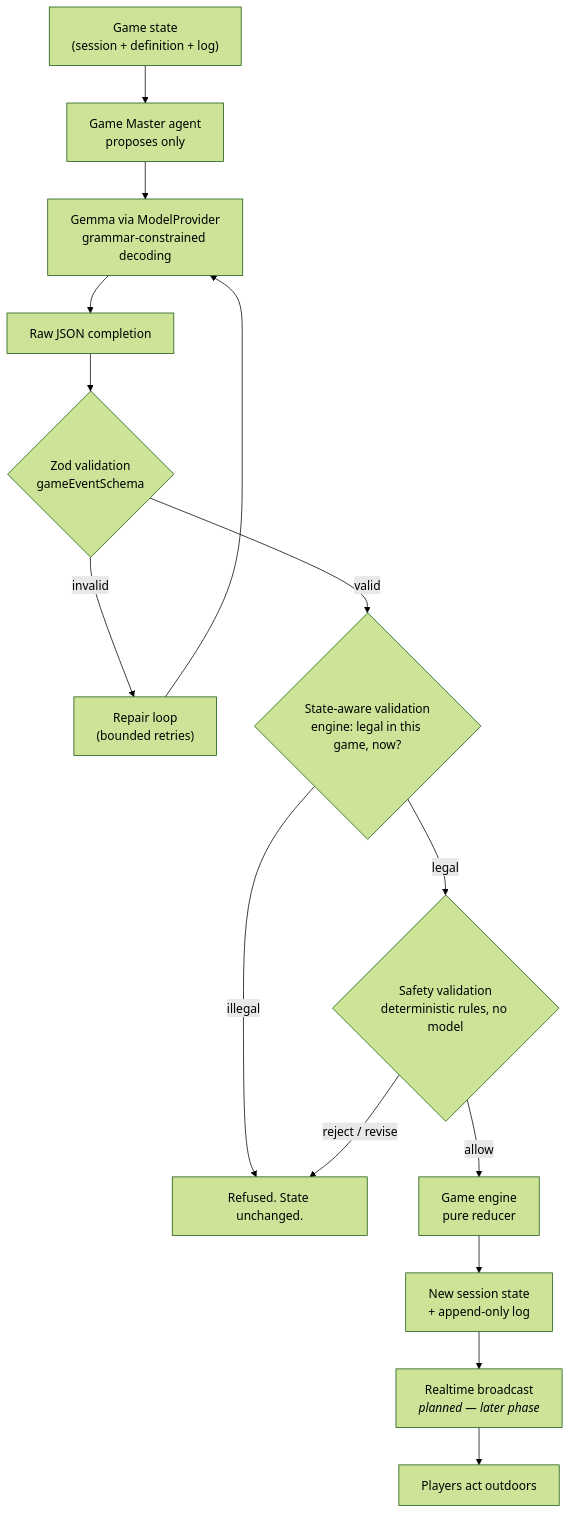
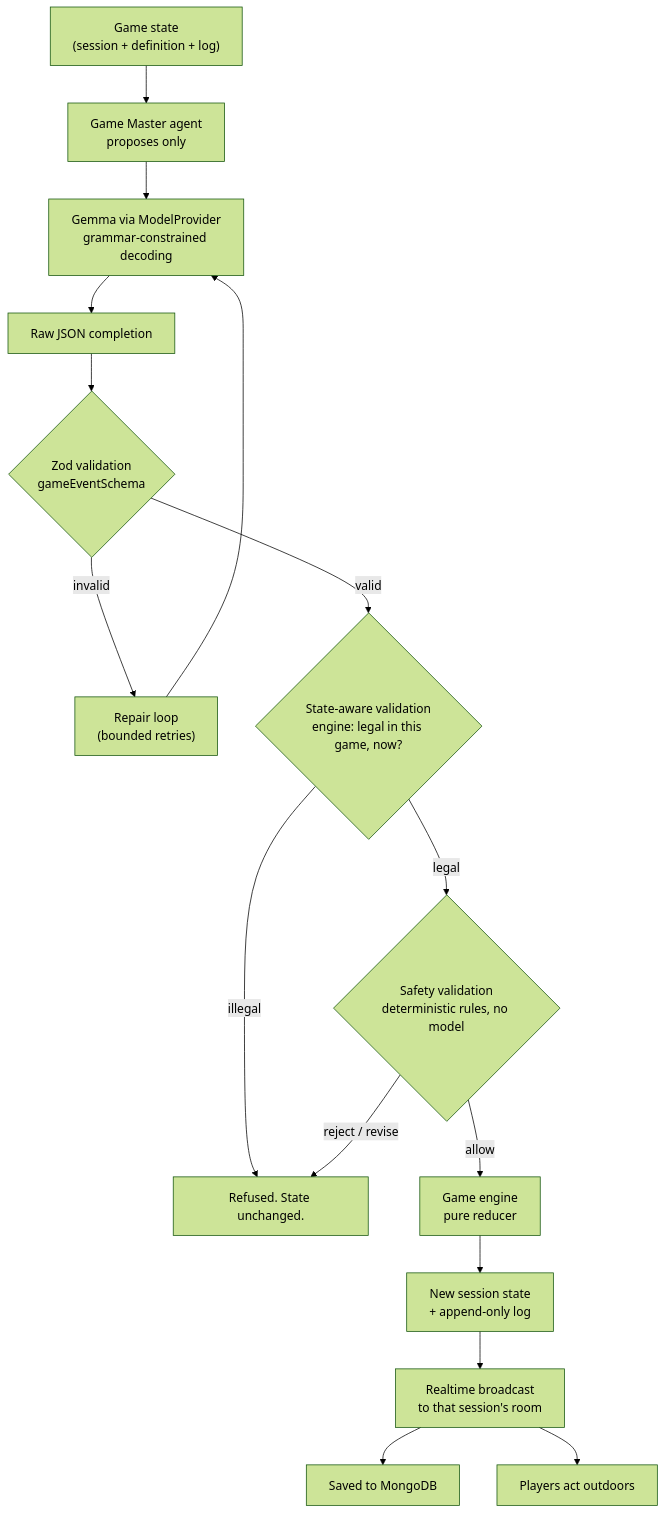
Before and after one commit to SHWETANK-SAURABH/touchgrass-game-master: the first of 9 diagrams in ARCHITECTURE.md, drawn with Mermaid (forest theme). The commit also changed other lines of this file and 23 other files, not shown here.

````diff
--- a/ARCHITECTURE.md
+++ b/ARCHITECTURE.md
@@ -78,24 +86,25 @@
 ```mermaid
 flowchart TD
     State["Game state<br/>(session + definition + log)"] --> Agent
     Agent["Game Master agent<br/>proposes only"] --> Model
     Model["Gemma via ModelProvider<br/>grammar-constrained decoding"] --> Raw
 
     Raw["Raw JSON completion"] --> Zod
     Zod{"Zod validation<br/>gameEventSchema"}
     Zod -- invalid --> Repair["Repair loop<br/>(bounded retries)"]
     Repair --> Model
     Zod -- valid --> Domain
 
     Domain{"State-aware validation<br/>engine: legal in this game, now?"}
     Domain -- illegal --> Refused["Refused. State unchanged."]
     Domain -- legal --> Safety
 
     Safety{"Safety validation<br/>deterministic rules, no model"}
     Safety -- "reject / revise" --> Refused
     Safety -- allow --> Engine
 
     Engine["Game engine<br/>pure reducer"] --> NewState["New session state<br/>+ append-only log"]
-    NewState --> Broadcast["Realtime broadcast<br/><i>planned — later phase</i>"]
+    NewState --> Broadcast["Realtime broadcast<br/>to that session's room"]
+    Broadcast --> Saved["Saved to MongoDB"]
     Broadcast --> Players["Players act outdoors"]
 ```
````
